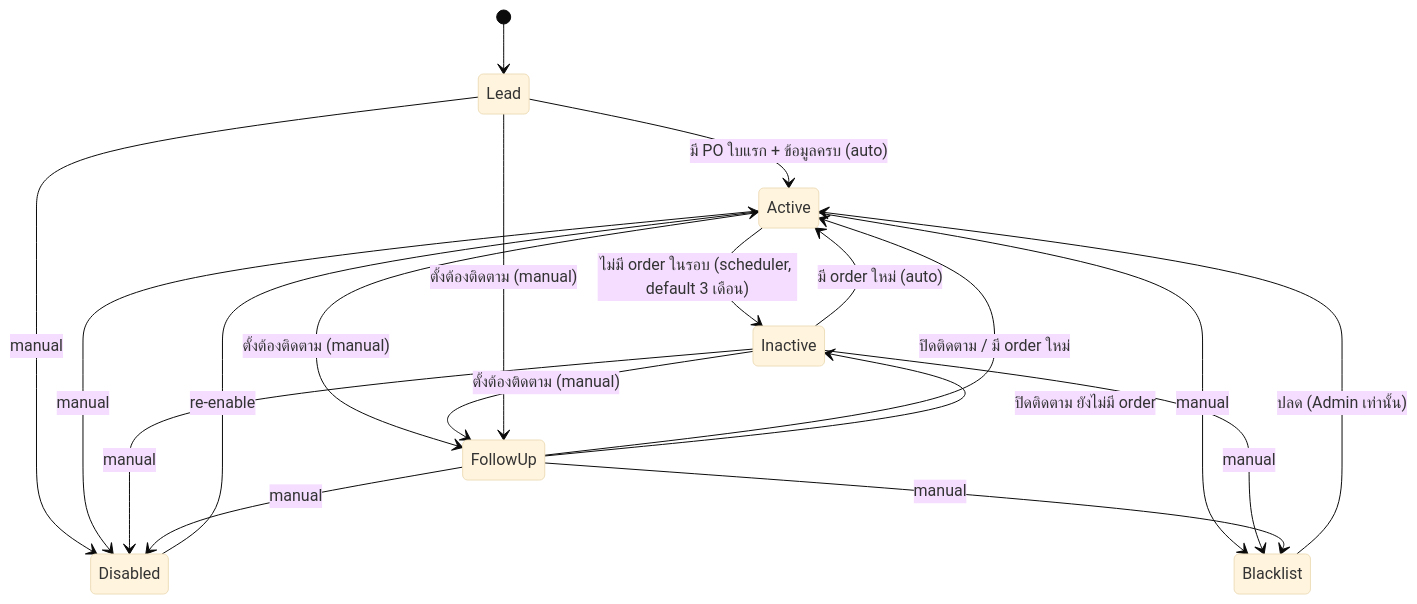
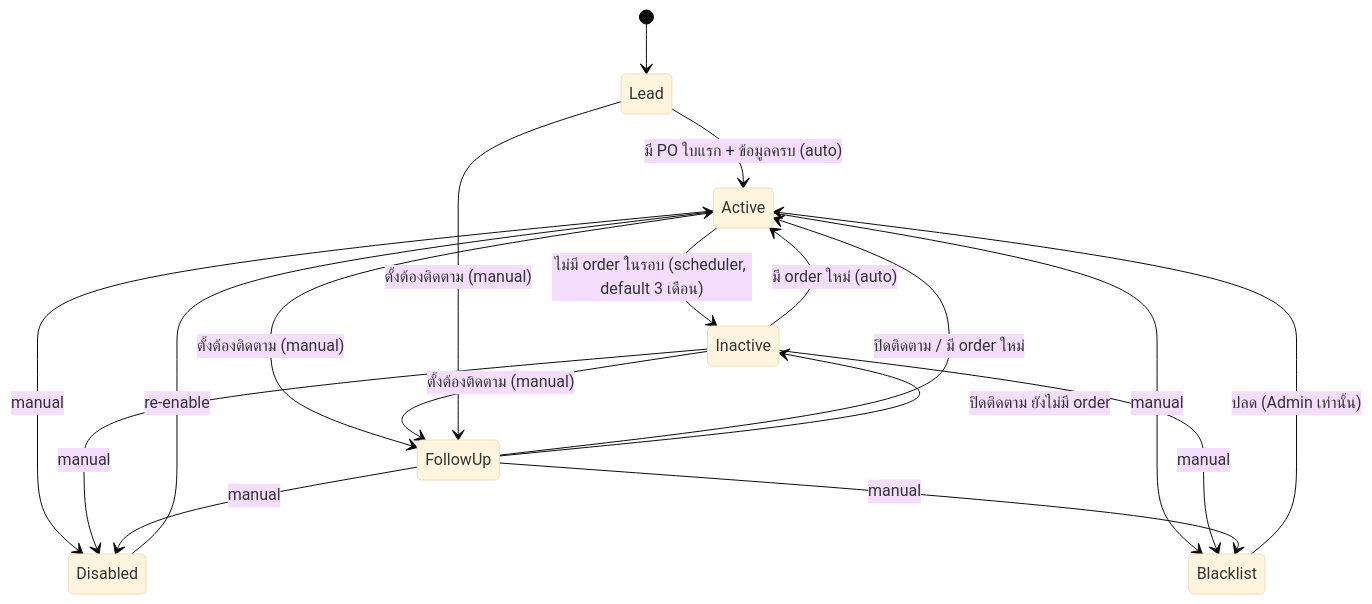
Before and after one commit to sitthi-phat/erp-cosmetics-manufacturing-module: the first of 7 diagrams in docs/requirements/erp-v2-ui-first/status-journeys.md, drawn with Mermaid (base theme). The commit also changed other lines of this file and 16 other files, not shown here.

````diff
--- a/docs/requirements/erp-v2-ui-first/status-journeys.md
+++ b/docs/requirements/erp-v2-ui-first/status-journeys.md
@@ -26,21 +26,20 @@
 ```mermaid
 stateDiagram-v2
     [*] --> Lead
     Lead --> Active: มี PO ใบแรก + ข้อมูลครบ (auto)
     Active --> Inactive: ไม่มี order ในรอบ (scheduler, default 3 เดือน)
     Inactive --> Active: มี order ใหม่ (auto)
     Active --> FollowUp: ตั้งต้องติดตาม (manual)
     Inactive --> FollowUp: ตั้งต้องติดตาม (manual)
     Lead --> FollowUp: ตั้งต้องติดตาม (manual)
     FollowUp --> Active: ปิดติดตาม / มี order ใหม่
     FollowUp --> Inactive: ปิดติดตาม ยังไม่มี order
-    Lead --> Disabled: manual
     Active --> Disabled: manual
     Inactive --> Disabled: manual
     FollowUp --> Disabled: manual
     Active --> Blacklist: manual
     Inactive --> Blacklist: manual
     FollowUp --> Blacklist: manual
     Disabled --> Active: re-enable
     Blacklist --> Active: ปลด (Admin เท่านั้น)
 ```
````
